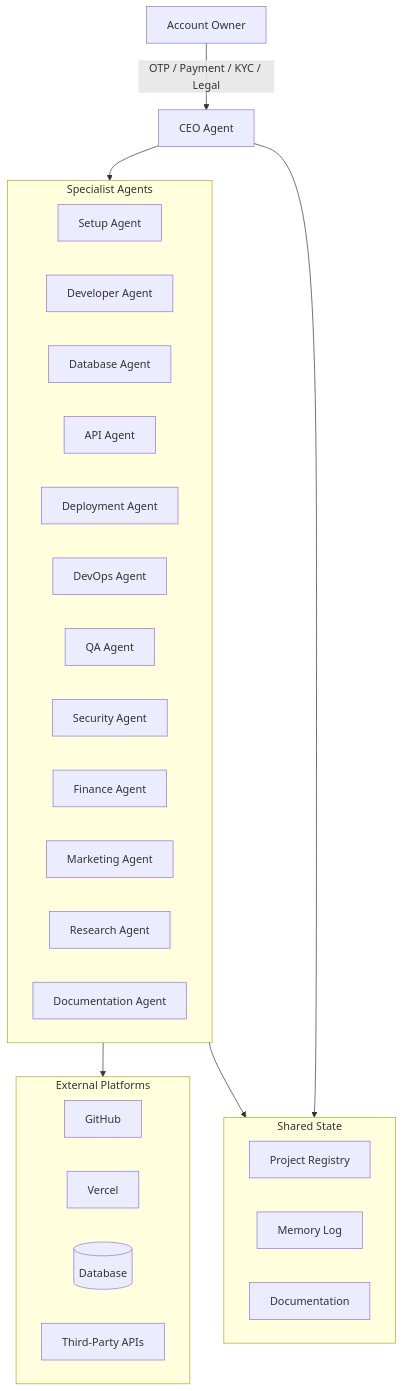
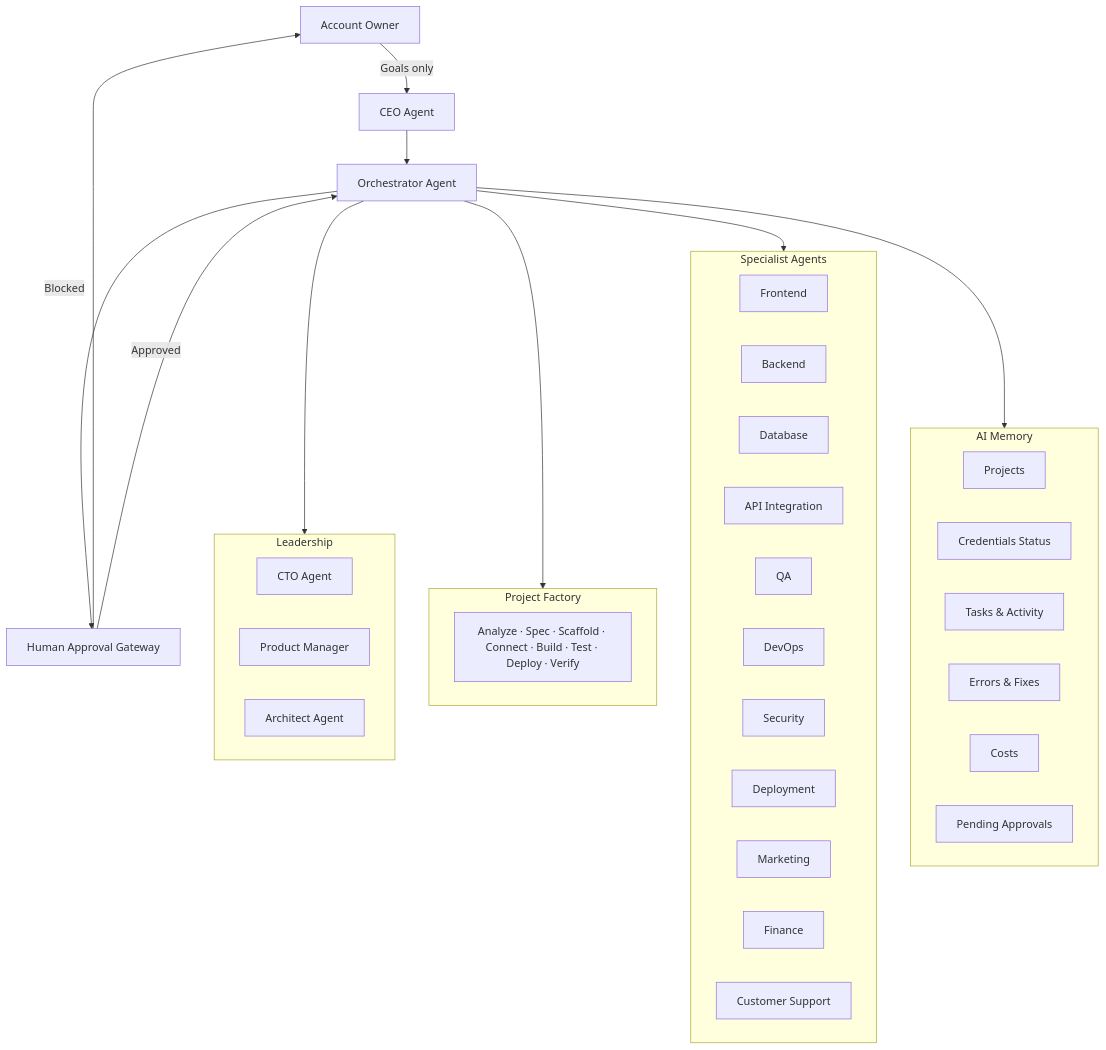
Before and after one commit to s44dzhr548-web/hus-ai-os: the diagram in docs/architecture.md, drawn with Mermaid. The commit also changed other lines of this file and 54 other files, not shown here.

````diff
--- a/docs/architecture.md
+++ b/docs/architecture.md
@@ -8,39 +9,51 @@
 ```mermaid
 flowchart TB
-    Owner[Account Owner]
+    User[Account Owner]
+    HAG[Human Approval Gateway]
+    
     CEO[CEO Agent]
+    ORCH[Orchestrator Agent]
+    
+    subgraph Leadership[Leadership]
+        CTO[CTO Agent]
+        PM[Product Manager]
+        ARCH[Architect Agent]
+    end
+    
+    subgraph Factory[Project Factory]
+        PF[Analyze · Spec · Scaffold · Connect · Build · Test · Deploy · Verify]
+    end
     
     subgraph Specialists[Specialist Agents]
-        Setup[Setup Agent]
-        Dev[Developer Agent]
-        DB[Database Agent]
-        API[API Agent]
-        Deploy[Deployment Agent]
-        DevOps[DevOps Agent]
-        QA[QA Agent]
-        Sec[Security Agent]
-        Fin[Finance Agent]
-        Mkt[Marketing Agent]
-        Res[Research Agent]
-        Doc[Documentation Agent]
+        FE[Frontend]
+        BE[Backend]
+        DB[Database]
+        API[API Integration]
+        QA[QA]
+        DEVOPS[DevOps]
+        SEC[Security]
+        DEP[Deployment]
+        MKT[Marketing]
+        FIN[Finance]
+        SUP[Customer Support]
     end
     
-    subgraph External[External Platforms]
-        GH[GitHub]
-        VC[Vercel]
-        DBCloud[(Database)]
-        Svc[Third-Party APIs]
+    subgraph Memory[AI Memory]
+        REG[Projects]
+        CRED[Credentials Status]
+        TASKS[Tasks & Activity]
+        ERR[Errors & Fixes]
+        COST[Costs]
+        APR[Pending Approvals]
     end
     
-    subgraph State[Shared State]
-        Registry[Project Registry]
-        Memory[Memory Log]
-        Docs[Documentation]
-    end
-    
-    Owner -->|OTP / Payment / KYC / Legal| CEO
-    CEO --> Specialists
-    Specialists --> External
-    Specialists --> State
-    CEO --> State
+    User -->|Goals only| CEO
+    CEO --> ORCH
+    ORCH --> Leadership
+    ORCH --> Factory
+    ORCH --> Specialists
+    ORCH --> Memory
+    ORCH -->|Blocked| HAG
+    HAG --> User
+    HAG -->|Approved| ORCH
 ```
````
